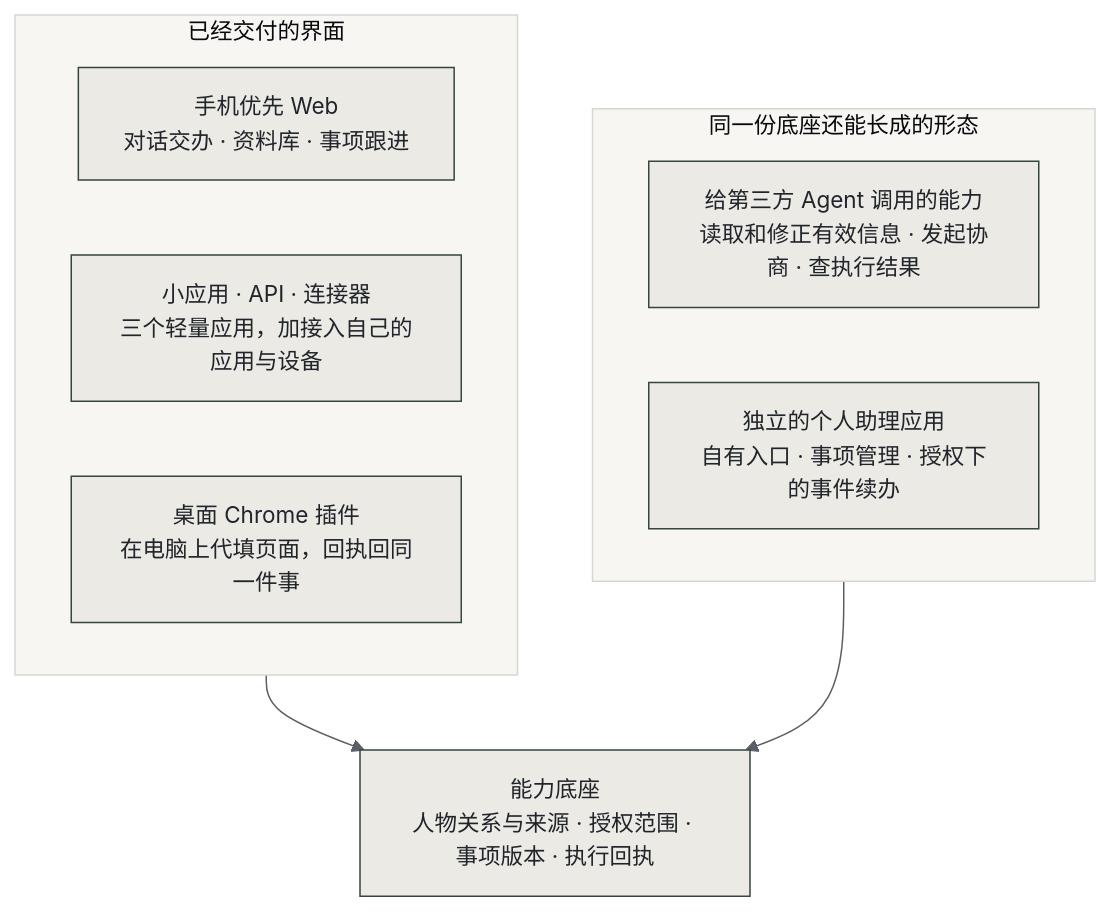
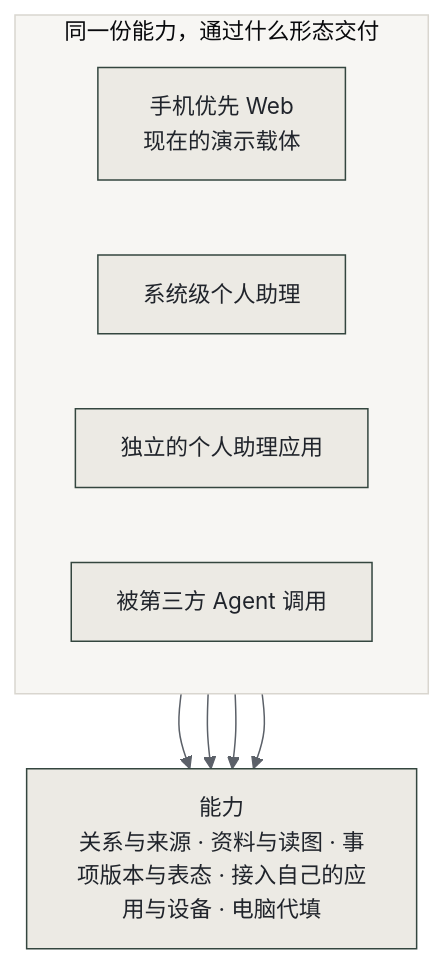
One commit to larisfavour-lang/personal-ai-hackathon changed the first of 4 diagrams in README.md. Above: the diagram before and after it, drawn with Mermaid. The commit also changed other lines of this file, not shown here.

Commit message:
docs: separate capabilities from delivery forms throughout

````diff
--- a/README.md
+++ b/README.md
@@ -37,18 +39,16 @@
 ```mermaid
 %%{init: {"theme":"base","themeVariables":{"background":"#f7f6f3","mainBkg":"#eceae4","primaryColor":"#eceae4","primaryTextColor":"#20242b","primaryBorderColor":"#34463f","secondaryColor":"#eef1ee","secondaryBorderColor":"#8a9a92","tertiaryColor":"#f7f6f3","tertiaryBorderColor":"#d9d6cf","lineColor":"#5b6068","textColor":"#20242b","fontFamily":"PingFang SC, Microsoft YaHei, sans-serif","fontSize":"15px","clusterBkg":"#f7f6f3","clusterBorder":"#d9d6cf","edgeLabelBackground":"#f7f6f3","nodeBorder":"#34463f","actorBkg":"#eceae4","actorBorder":"#34463f","actorTextColor":"#20242b","signalColor":"#5b6068","signalTextColor":"#20242b","noteBkgColor":"#eef1ee","noteTextColor":"#20242b","noteBorderColor":"#8a9a92","labelBoxBkgColor":"#eceae4","labelBoxBorderColor":"#34463f","labelTextColor":"#20242b","sequenceNumberColor":"#f7f6f3","activationBkgColor":"#eef1ee","activationBorderColor":"#8a9a92"}}}%%
 flowchart TB
-  subgraph NOW["已经交付的界面"]
+  subgraph FORM["同一份能力，通过什么形态交付"]
     direction LR
-    W["手机优先 Web<br/>对话交办 · 资料库 · 事项跟进"]
-    APPS["小应用 · API · 连接器<br/>三个轻量应用，加接入自己的应用与设备"]
-    EXT["桌面 Chrome 插件<br/>在电脑上代填页面，回执回同一件事"]
+    F1["手机优先 Web<br/>现在的演示载体"]
+    F2["系统级个人助理"]
+    F3["独立的个人助理应用"]
+    F4["被第三方 Agent 调用"]
   end
-  subgraph LATER["同一份底座还能长成的形态"]
-    direction LR
-    AG["给第三方 Agent 调用的能力<br/>读取和修正有效信息 · 发起协商 · 查执行结果"]
-    APP["独立的个人助理应用<br/>自有入口 · 事项管理 · 授权下的事件续办"]
-  end
-  BASE["能力底座<br/>人物关系与来源 · 授权范围 · 事项版本 · 执行回执"]
-  NOW --> BASE
-  LATER --> BASE
+  CAP["能力<br/>关系与来源 · 资料与读图 · 事项版本与表态 · 接入自己的应用与设备 · 电脑代填"]
+  F1 --> CAP
+  F2 --> CAP
+  F3 --> CAP
+  F4 --> CAP
 ```
````
